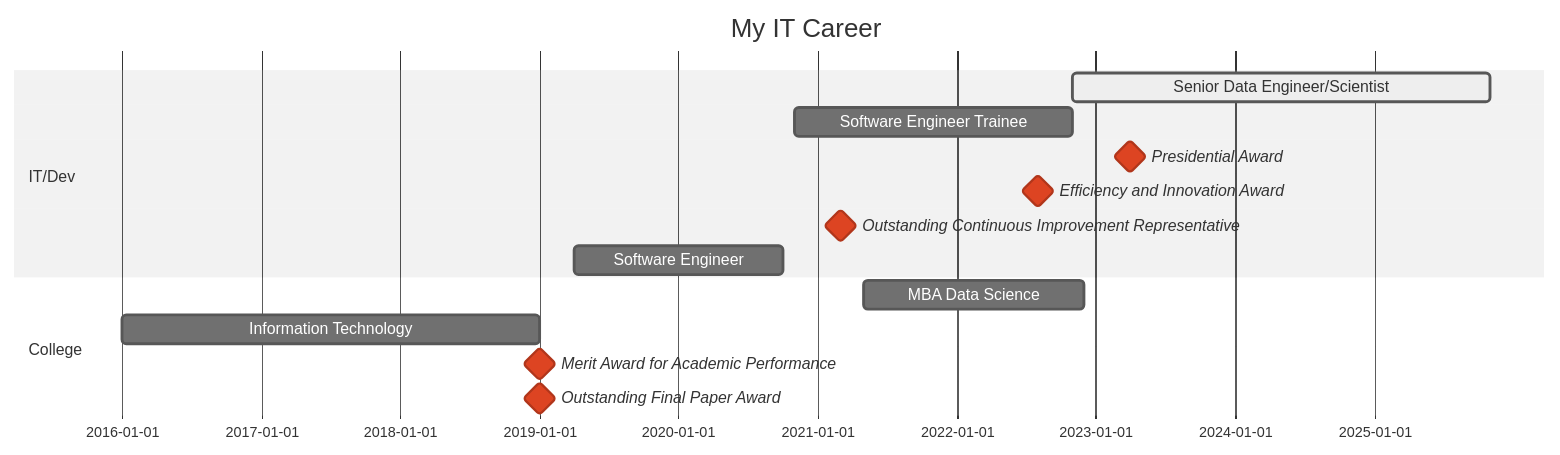
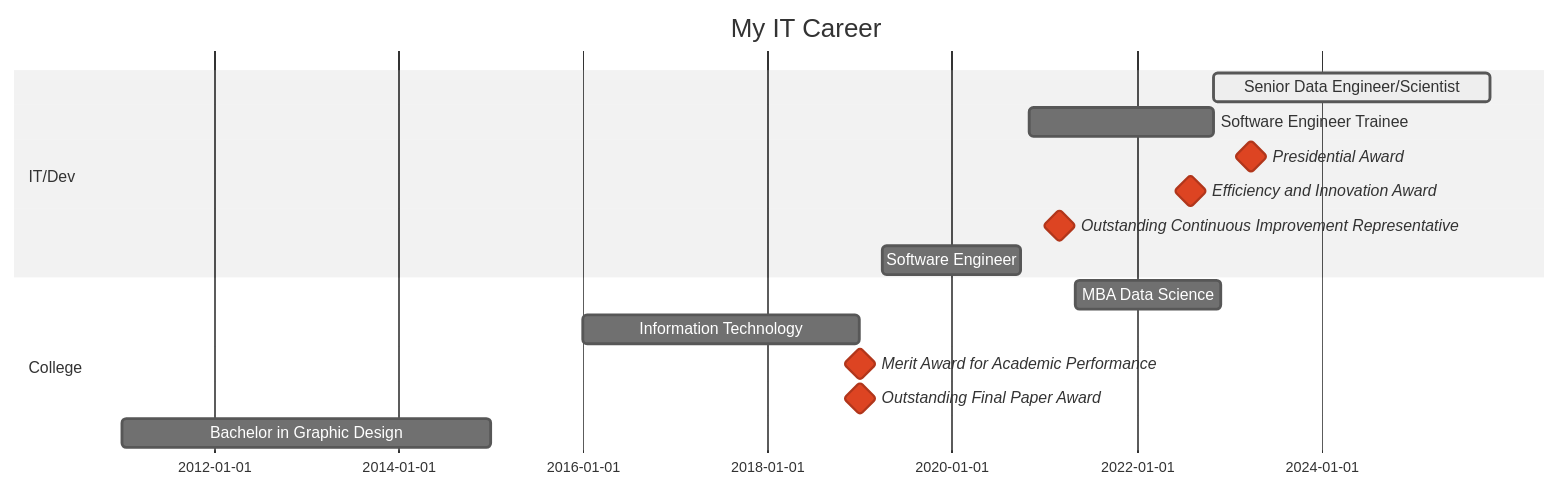
Before and after one commit to josehenriqueroveda/josehenriqueroveda: the diagram in README.md, drawn with Mermaid (neutral theme). The commit also changed other lines of this file, not shown here.

````diff
--- a/README.md
+++ b/README.md
@@ -43,19 +43,20 @@
 ```mermaid
 gantt
        dateFormat  MM-YYYY
        title My IT Career
 
        section IT/Dev
        Senior Data Engineer/Scientist   :active,  des1, after des2, 3y
        Software Engineer Trainee    :  des2, 11-2020, 11-2022
        Presidential Award   :milestone, crit, 04-2023, 1d
        Efficiency and Innovation Award   :milestone, crit, 08-2022, 1d
        Outstanding Continuous Improvement Representative   :milestone, crit, 03-2021, 1d
        Software Engineer    :  des3, 04-2019, 10-2020
 
        section College
        MBA Data Science   : des5, 05-2021, 12-2022
        Information Technology : des6, 01-2016, 01-2019
        Merit Award for Academic Performance   :milestone, crit, 01-2019, 1d
        Outstanding Final Paper Award   :milestone, crit, 01-2019, 1d
+       Bachelor in Graphic Design : des7, 01-2011, 01-2015
 ```
````
